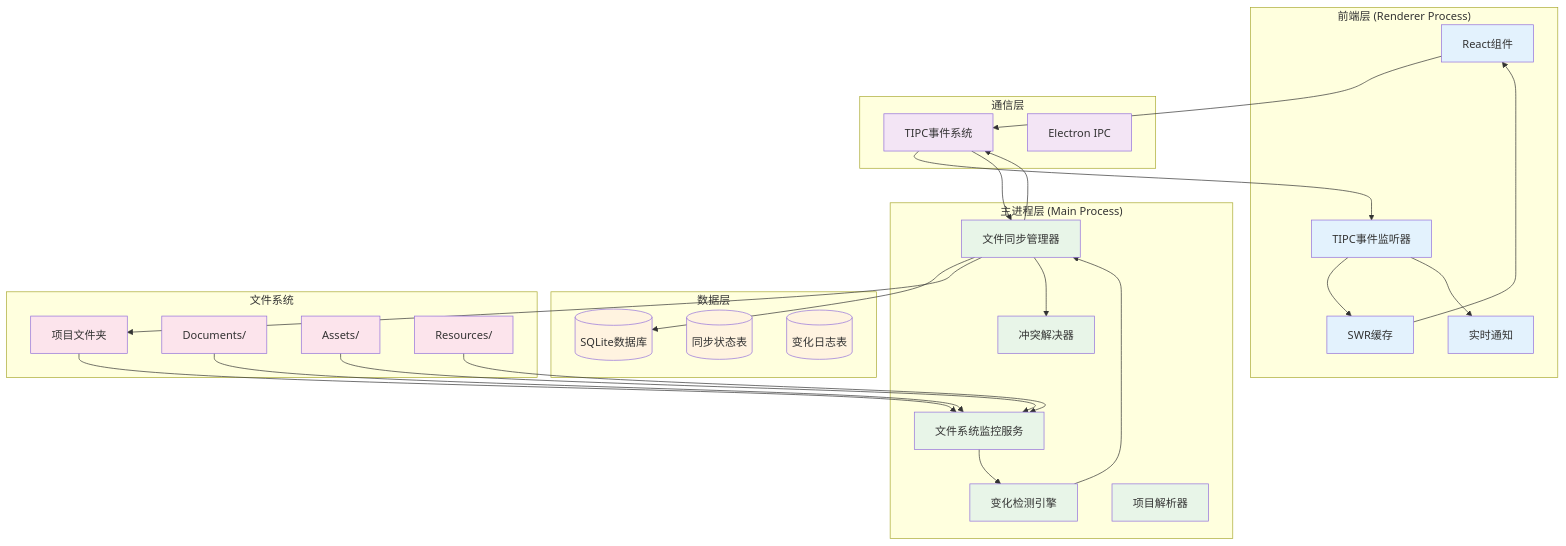
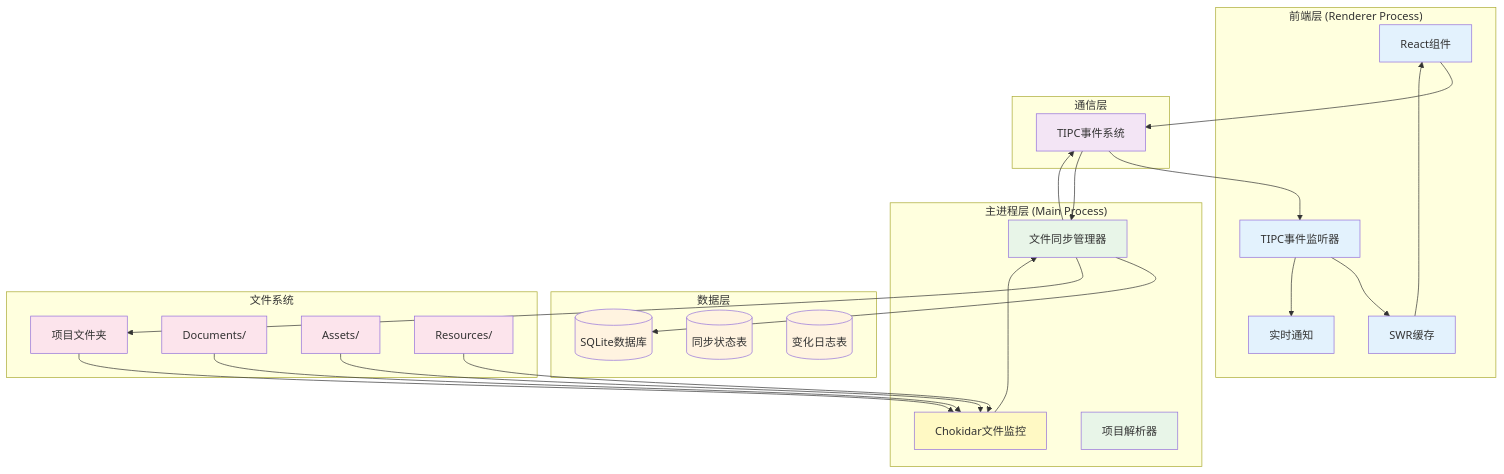
Before and after one commit to wibus-wee/ClarityFile: the fifth of 6 diagrams in RFCs/RFC-001-Intelligent-File-Management-and-Bidirectional-Sync.md, drawn with Mermaid. The commit also changed other lines of this file and 1 other file, not shown here.

Commit message:
feat(schema): update syncStates and changeLogs tables to enhance file synchronization tracking

````diff
--- a/RFCs/RFC-001-Intelligent-File-Management-and-Bidirectional-Sync.md
+++ b/RFCs/RFC-001-Intelligent-File-Management-and-Bidirectional-Sync.md
@@ -217,71 +205,68 @@
 ```mermaid
 graph TB
     subgraph "前端层 (Renderer Process)"
         UI[React组件]
         SWR[SWR缓存]
         EventListener[TIPC事件监听器]
         Notification[实时通知]
     end
 
     subgraph "通信层"
         TIPC[TIPC事件系统]
-        IPC[Electron IPC]
     end
 
     subgraph "主进程层 (Main Process)"
         SyncManager[文件同步管理器]
-        FSWatcher[文件系统监控服务]
-        ChangeDetector[变化检测引擎]
+        Chokidar[Chokidar文件监控]
         ProjectParser[项目解析器]
-        ConflictResolver[冲突解决器]
     end
 
     subgraph "数据层"
         Database[(SQLite数据库)]
         SyncStates[(同步状态表)]
         ChangeLogs[(变化日志表)]
     end
 
     subgraph "文件系统"
         ProjectFolder[项目文件夹]
         Documents[Documents/]
         Assets[Assets/]
         Resources[Resources/]
     end
 
-    %% 事件驱动数据流
-    ProjectFolder --> FSWatcher
-    Documents --> FSWatcher
-    Assets --> FSWatcher
-    Resources --> FSWatcher
+    %% Chokidar事件驱动数据流
+    ProjectFolder --> Chokidar
+    Documents --> Chokidar
+    Assets --> Chokidar
+    Resources --> Chokidar
 
-    FSWatcher --> ChangeDetector
-    ChangeDetector --> SyncManager
+    Chokidar --> SyncManager
     SyncManager --> Database
     SyncManager --> TIPC
 
     %% 实时事件推送
     TIPC --> EventListener
     EventListener --> SWR
     SWR --> UI
     EventListener --> Notification
 
     %% 用户操作反向流
     UI --> TIPC
     TIPC --> SyncManager
     SyncManager --> ProjectFolder
-    SyncManager --> ConflictResolver
 
     %% 样式
     classDef frontendLayer fill:#e3f2fd
     classDef commLayer fill:#f3e5f5
     classDef mainLayer fill:#e8f5e8
     classDef dataLayer fill:#fff3e0
     classDef fileSystem fill:#fce4ec
+    classDef chokidarLayer fill:#fff9c4
 
     class UI,SWR,EventListener,Notification frontendLayer
-    class TIPC,IPC commLayer
-    class SyncManager,FSWatcher,ChangeDetector,ProjectParser,ConflictResolver mainLayer
+    class TIPC commLayer
+    class SyncManager,ProjectParser mainLayer
+    class Chokidar chokidarLayer
     class Database,SyncStates,ChangeLogs dataLayer
     class ProjectFolder,Documents,Assets,Resources fileSystem
 ```
````
